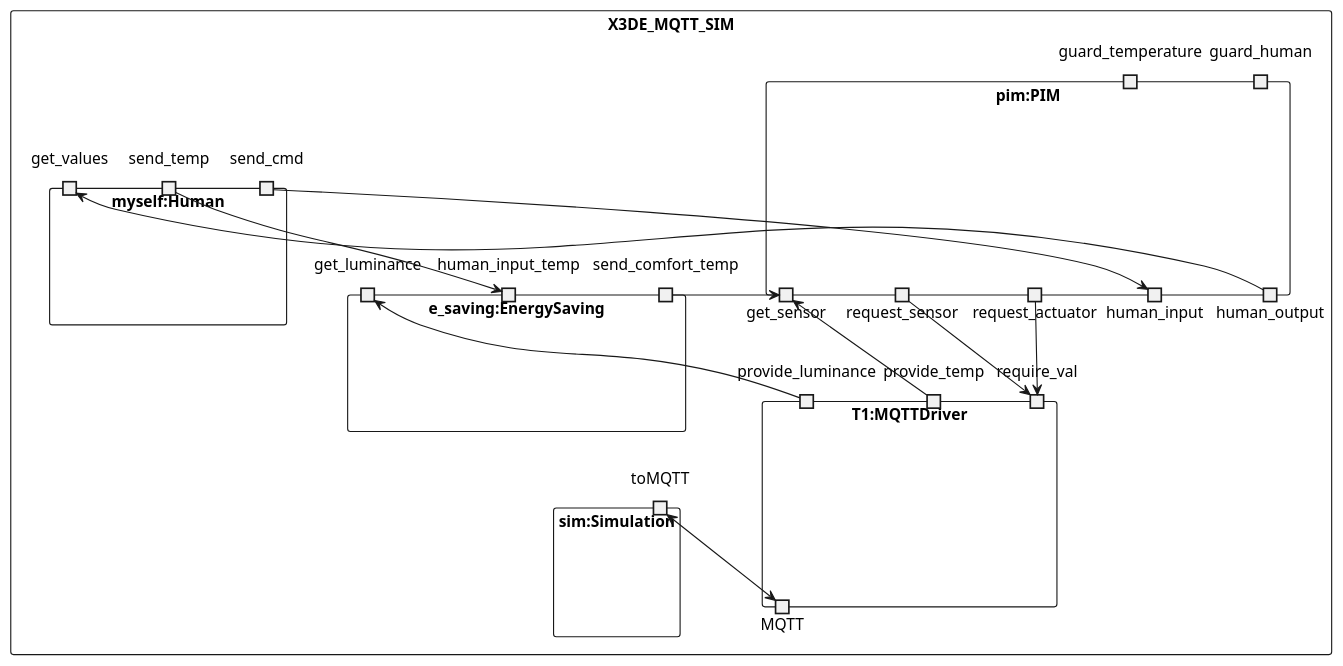
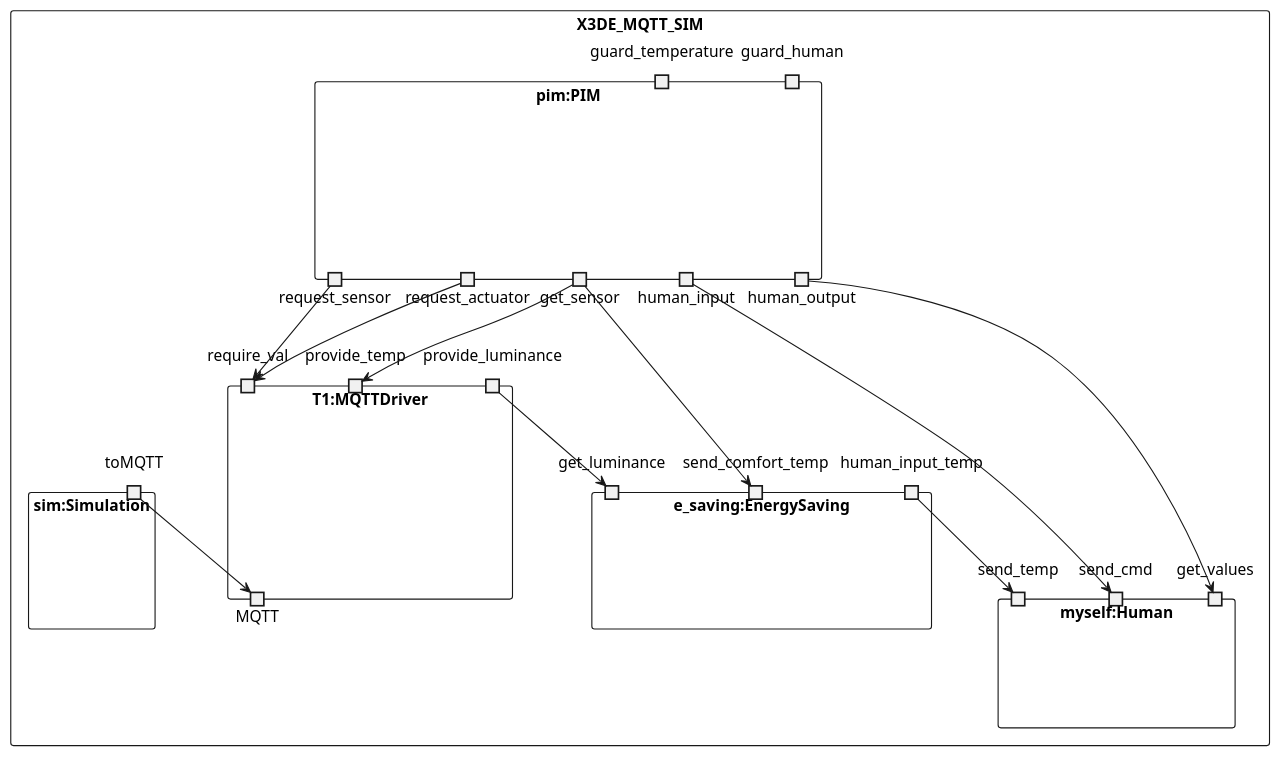
The diagram in structure.plantuml (Nettking/TheRoomX3D3.MQTT.sim), drawn with PlantUML before and after one commit. The commit also changed 273 other files, not shown here.

```diff
--- a/structure.plantuml
+++ b/structure.plantuml
@@ -1,49 +1,47 @@
 @startuml
 rectangle X3DE_MQTT_SIM { 
- rectangle T1:MQTTDriver{ 
-  portin provide_temp 
-  portin provide_luminance
-  portin require_val 
-  portin require_val 
-  portout MQTT 
- } 
- rectangle pim:PIM{ 
-  portout get_sensor 
-  'portout get_comfort_temp
-  portout request_sensor 
-  portout request_actuator
-  portout human_input  
-  portout human_output 
-  port guard_temperature 
-  port guard_human 
- } 
- rectangle myself:Human{ 
-  port send_cmd
-  port send_temp
-  portin get_values 
- } 
+    rectangle T1:MQTTDriver{ 
+        portin provide_temp 
+        portin provide_luminance
+        portin require_val 
+        portout MQTT 
+    } 
+    rectangle pim:PIM{ 
+        portout get_sensor 
+        portout request_sensor 
+        portout request_actuator
+        portout human_input  
+        portout human_output 
+        portin guard_temperature 
+        portin guard_human 
+    } 
+    rectangle myself:Human{ 
+        port send_cmd
+        port send_temp
+        portin get_values 
+    } 
 
- rectangle e_saving:EnergySaving{
-  portin get_luminance
-  portin human_input_temp
-  port send_comfort_temp
- }
+    rectangle e_saving:EnergySaving{
+        portin get_luminance
+        portin human_input_temp
+        port send_comfort_temp
+    }
 
- rectangle sim:Simulation{ 
-  port toMQTT 
- } 
+    rectangle sim:Simulation{ 
+        port toMQTT 
+    } 
 } 
- 
-send_cmd --> human_input
-provide_temp --> get_sensor 
-send_temp--> human_input_temp
-send_comfort_temp --> get_sensor 
- 
+
+human_input --> send_cmd
+get_sensor --> provide_temp 
+human_input_temp --> send_temp
+get_sensor --> send_comfort_temp
+
 request_sensor --> require_val 
 request_actuator --> require_val 
-human_output ---> get_values 
- 
-toMQTT <--> MQTT 
+human_output ---> get_values
+
+toMQTT --> MQTT
 
 provide_luminance --> get_luminance
 @enduml
```
